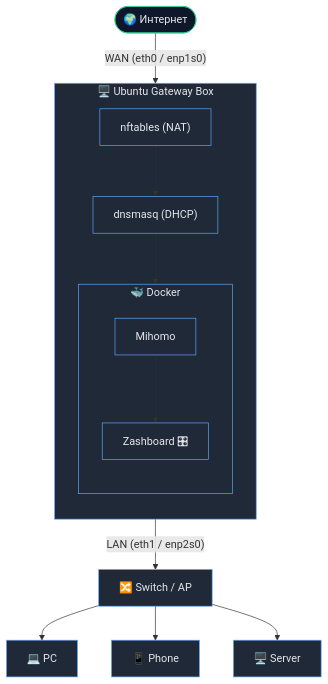
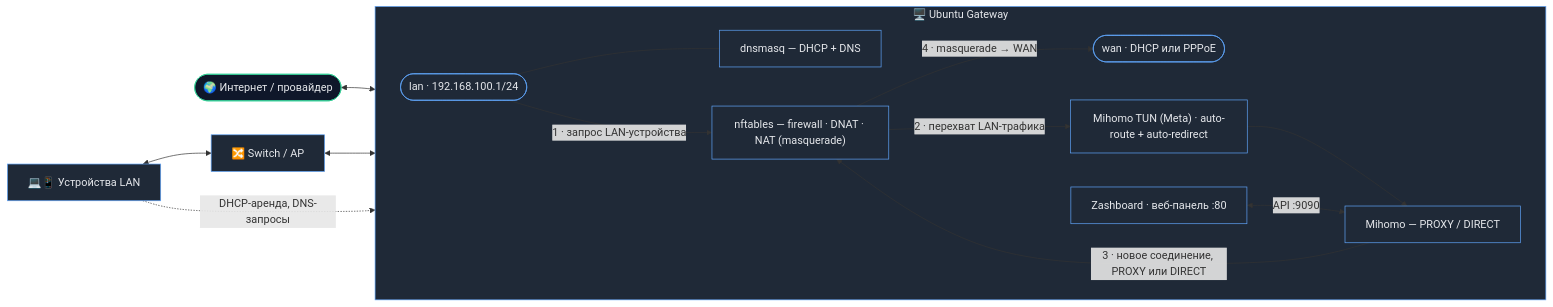
One commit to quick-1y/mihomo-gateway changed the diagram in README.md. Above: the diagram before and after it, drawn with Mermaid. The commit also changed other lines of this file and 1 other file, not shown here.

Commit message:
Рефакторинг сети

````diff
--- a/README.md
+++ b/README.md
@@ -9,37 +9,37 @@
 ```mermaid
-flowchart TB
-    Internet(["🌍 Интернет"])
+flowchart LR
+    ISP(["🌍 Интернет / провайдер"])
+    DEV["💻📱 Устройства LAN"]
+    SW["🔀 Switch / AP"]
 
-    subgraph GW["🖥️ Ubuntu Gateway Box"]
-        direction TB
-        NFT["nftables (NAT)"]
-        DNS["dnsmasq (DHCP)"]
-
-        subgraph DK["🐳 Docker"]
-            direction TB
-            MH["Mihomo"]
-            MC["Zashboard 🎛"]
-            MH --> MC
-        end
-
-        NFT --> DNS
-        DNS --> DK
+    subgraph GW["🖥️ Ubuntu Gateway"]
+        direction LR
+        WANIF(["wan · DHCP или PPPoE"])
+        LANIF(["lan · 192.168.100.1/24"])
+        DNSMASQ["dnsmasq — DHCP + DNS"]
+        NFT["nftables — firewall · DNAT · NAT (masquerade)"]
+        TUN["Mihomo TUN (Meta) · auto-route + auto-redirect"]
+        MIHOMO["Mihomo — PROXY / DIRECT"]
+        ZASH["Zashboard · веб-панель :80"]
     end
 
-    SW["🔀 Switch / AP"]
+    ISP <--> WANIF
+    DEV <--> SW
+    SW <--> LANIF
 
-    PC["💻 PC"]
-    PH["📱 Phone"]
-    SRV["🖥️ Server"]
+    LANIF --- DNSMASQ
+    DEV -.->|"DHCP-аренда, DNS-запросы"| DNSMASQ
 
-    Internet -- "WAN (eth0 / enp1s0)" --> GW
-    GW -- "LAN (eth1 / enp2s0)" --> SW
-    SW --> PC
-    SW --> PH
-    SW --> SRV
+    LANIF -->|"1 · запрос LAN-устройства"| NFT
+    NFT -->|"2 · перехват LAN-трафика"| TUN
+    TUN --> MIHOMO
+    MIHOMO -->|"3 · новое соединение, PROXY или DIRECT"| NFT
+    NFT -->|"4 · masquerade → WAN"| WANIF
+
+    ZASH <-->|"API :9090"| MIHOMO
 
     classDef box fill:#1f2937,stroke:#60a5fa,color:#e5e7eb;
     classDef net fill:#0f172a,stroke:#34d399,color:#e5e7eb;
-    class GW,DK,NFT,DNS,MH,MC,SW,PC,PH,SRV box;
-    class Internet net;
+    class GW,WANIF,LANIF,DNSMASQ,NFT,TUN,MIHOMO,ZASH,SW,DEV box;
+    class ISP net;
 ```
````
